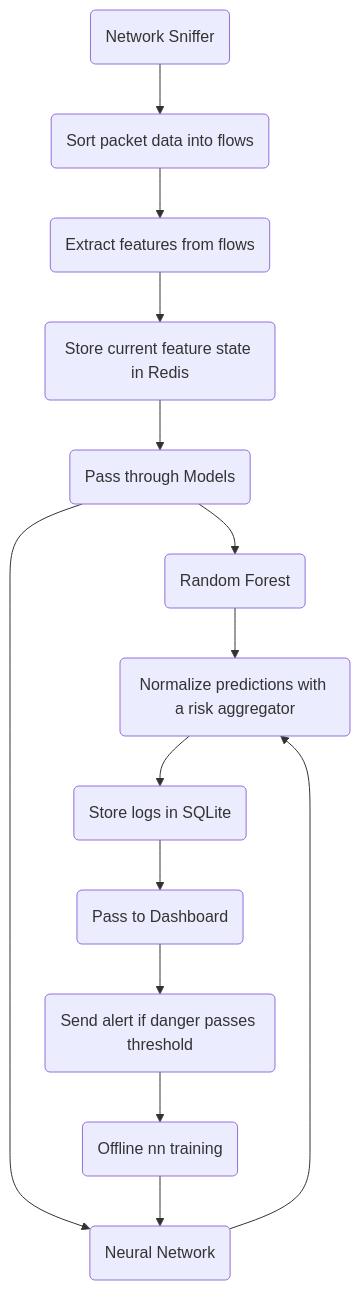
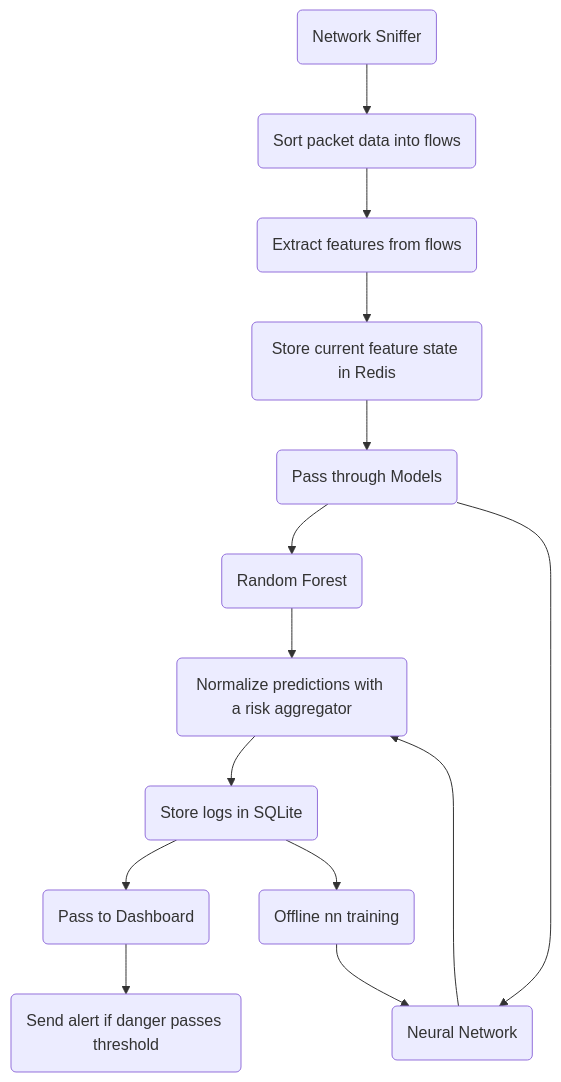
One commit to EcuspDazrt/NIDS changed the diagram in docs/system_design.md. Above: the diagram before and after it, drawn with Mermaid. The commit also changed other lines of this file and 1 other file, not shown here.

````diff
--- a/docs/system_design.md
+++ b/docs/system_design.md
@@ -3,19 +5,20 @@
 ```mermaid
 graph TD
 	A(Network Sniffer)
 	B(Sort packet data into flows)
 	C(Extract features from flows)
 	D(Store current feature state in Redis)
 	E(Pass through Models)
 	F(Random Forest)
 	G(Neural Network)
     H(Normalize predictions with a risk aggregator)
 	I(Store logs in SQLite)
 	J(Pass to Dashboard)
 	K(Send alert if danger passes threshold)
 	L(Offline nn training)
     A --> B --> C --> D --> E --> F
 	E --> G
 	G --> H
-	F --> H --> I --> J --> K --> L --> G
+	F --> H --> I --> J --> K
+	I --> L --> G
 ```
````
